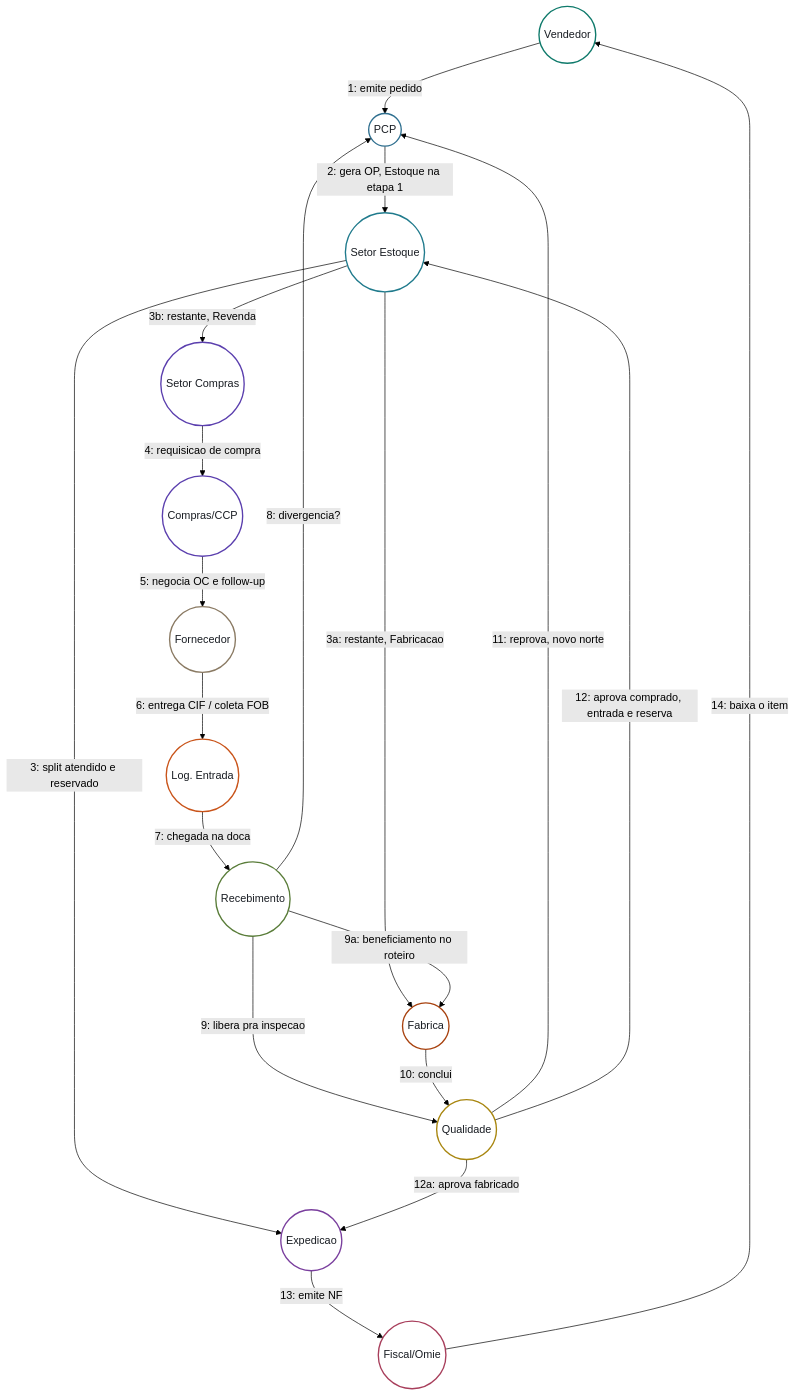
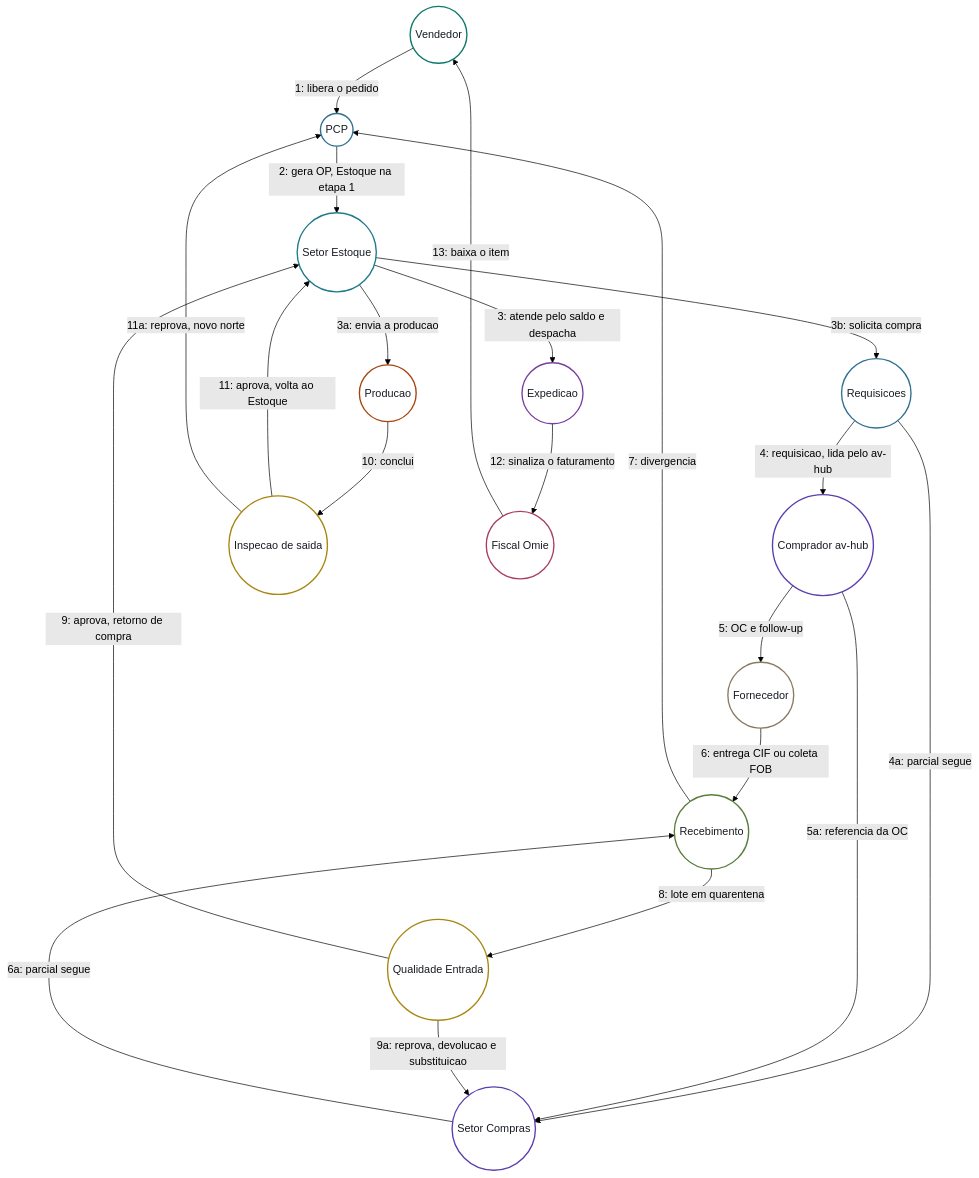
One commit to Acosvital/vault-avhub-mer changed diagram 18 of 28 in 04-Arquitetura-Transversal/Diagramas-UML.md. Above: the diagram before and after it, drawn with Mermaid (forest theme). The commit also changed other lines of this file and 3 other files, not shown here.

Commit message:
docs(vault): atualiza UML, fluxograma de telas, encaixe estoque/revenda e anexo 0003 do contrato 33

````diff
--- a/04-Arquitetura-Transversal/Diagramas-UML.md
+++ b/04-Arquitetura-Transversal/Diagramas-UML.md
@@ -1043,47 +1056,51 @@
 ```mermaid
 flowchart TD
     Vendedor((Vendedor))
     PCP((PCP))
     Estoque((Setor Estoque))
+    Req((Requisicoes))
     SCompras((Setor Compras))
-    Compras((Compras/CCP))
+    Compras((Comprador av-hub))
     Fornecedor((Fornecedor))
-    LogEnt((Log. Entrada))
     Receb((Recebimento))
-    Fabrica((Fabrica))
-    Qualidade((Qualidade))
+    QualE((Qualidade Entrada))
+    Fabrica((Producao))
+    QualS((Inspecao de saida))
     Expedicao((Expedicao))
-    Fiscal((Fiscal/Omie))
+    Fiscal((Fiscal Omie))
 
-    Vendedor -- "1: emite pedido" --> PCP
+    Vendedor -- "1: libera o pedido" --> PCP
     PCP -- "2: gera OP, Estoque na etapa 1" --> Estoque
-    Estoque -- "3: split atendido e reservado" --> Expedicao
-    Estoque -- "3a: restante, Fabricacao" --> Fabrica
-    Estoque -- "3b: restante, Revenda" --> SCompras
-    SCompras -- "4: requisicao de compra" --> Compras
-    Compras -- "5: negocia OC e follow-up" --> Fornecedor
-    Fornecedor -- "6: entrega CIF / coleta FOB" --> LogEnt
-    LogEnt -- "7: chegada na doca" --> Receb
-    Receb -- "8: divergencia?" --> PCP
-    Receb -- "9: libera pra inspecao" --> Qualidade
-    Receb -- "9a: beneficiamento no roteiro" --> Fabrica
-    Fabrica -- "10: conclui" --> Qualidade
-    Qualidade -- "11: reprova, novo norte" --> PCP
-    Qualidade -- "12: aprova comprado, entrada e reserva" --> Estoque
-    Qualidade -- "12a: aprova fabricado" --> Expedicao
-    Expedicao -- "13: emite NF" --> Fiscal
-    Fiscal -- "14: baixa o item" --> Vendedor
+    Estoque -- "3: atende pelo saldo e despacha" --> Expedicao
+    Estoque -- "3a: envia a producao" --> Fabrica
+    Estoque -- "3b: solicita compra" --> Req
+    Req -- "4: requisicao, lida pelo av-hub" --> Compras
+    Req -- "4a: parcial segue" --> SCompras
+    Compras -- "5: OC e follow-up" --> Fornecedor
+    Compras -- "5a: referencia da OC" --> SCompras
+    Fornecedor -- "6: entrega CIF ou coleta FOB" --> Receb
+    SCompras -- "6a: parcial segue" --> Receb
+    Receb -- "7: divergencia" --> PCP
+    Receb -- "8: lote em quarentena" --> QualE
+    QualE -- "9: aprova, retorno de compra" --> Estoque
+    QualE -- "9a: reprova, devolucao e substituicao" --> SCompras
+    Fabrica -- "10: conclui" --> QualS
+    QualS -- "11: aprova, volta ao Estoque" --> Estoque
+    QualS -- "11a: reprova, novo norte" --> PCP
+    Expedicao -- "12: sinaliza o faturamento" --> Fiscal
+    Fiscal -- "13: baixa o item" --> Vendedor
 
     style Vendedor fill:#ffffff,stroke:#0f7a6b,stroke-width:2px,color:#181c22
     style PCP fill:#ffffff,stroke:#2f6f8f,stroke-width:2px,color:#181c22
+    style Req fill:#ffffff,stroke:#2f6f8f,stroke-width:2px,color:#181c22
     style Estoque fill:#ffffff,stroke:#1f7a8c,stroke-width:2px,color:#181c22
     style SCompras fill:#ffffff,stroke:#5b3fae,stroke-width:2px,color:#181c22
     style Compras fill:#ffffff,stroke:#5b3fae,stroke-width:2px,color:#181c22
     style Fornecedor fill:#ffffff,stroke:#8a7a63,stroke-width:2px,color:#181c22
-    style LogEnt fill:#ffffff,stroke:#c9541a,stroke-width:2px,color:#181c22
     style Receb fill:#ffffff,stroke:#5a7d3a,stroke-width:2px,color:#181c22
+    style QualE fill:#ffffff,stroke:#a8860f,stroke-width:2px,color:#181c22
+    style QualS fill:#ffffff,stroke:#a8860f,stroke-width:2px,color:#181c22
     style Fabrica fill:#ffffff,stroke:#a8420f,stroke-width:2px,color:#181c22
-    style Qualidade fill:#ffffff,stroke:#a8860f,stroke-width:2px,color:#181c22
     style Expedicao fill:#ffffff,stroke:#7a3f9e,stroke-width:2px,color:#181c22
     style Fiscal fill:#ffffff,stroke:#a83f5c,stroke-width:2px,color:#181c22
 ```
````
